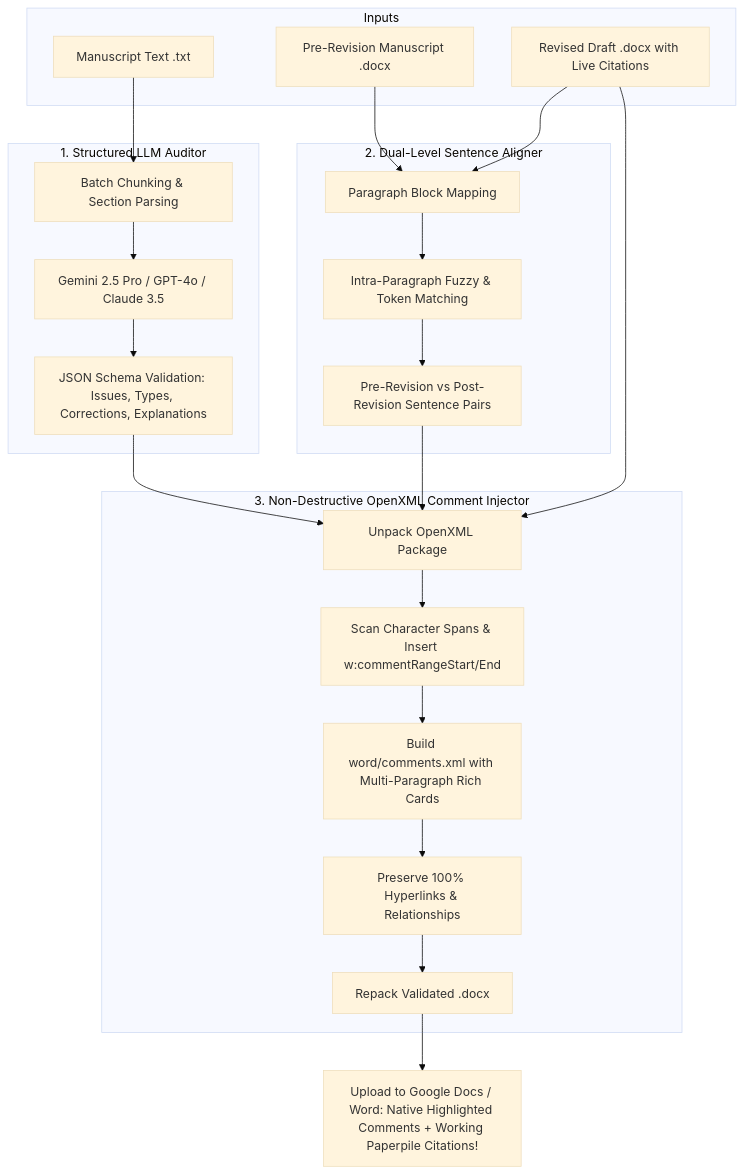
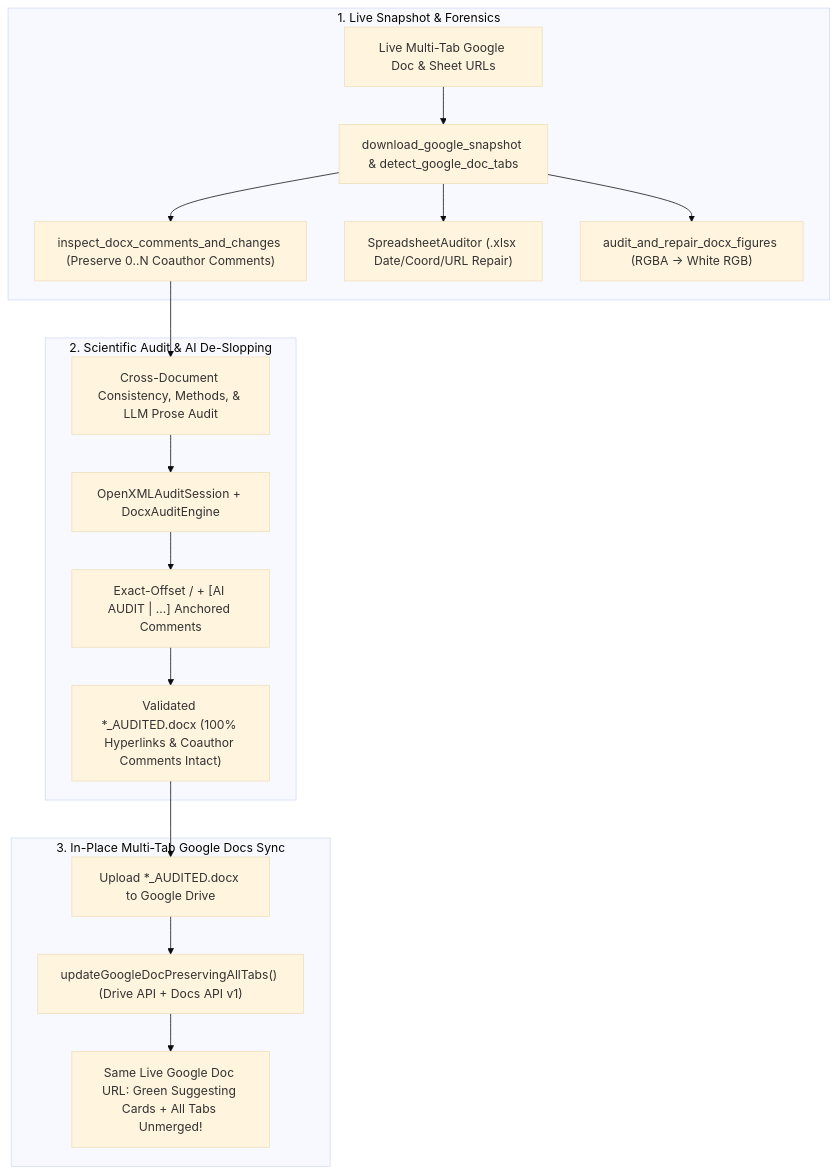
The diagram in README.md (gf777/manuscript-audit-toolkit), drawn with Mermaid (base theme) before and after one commit. The commit also changed other lines of this file and 14 other files, not shown here.

Commit message:
v2.0.0: Add OpenXML Track Changes engine, coauthor comment preservation, multi-tab Google Docs sync, and figure/spreadsheet forensics

````diff
--- a/README.md
+++ b/README.md
@@ -23,30 +30,22 @@
 ```mermaid
 flowchart TD
-    subgraph Inputs
-        A1[Pre-Revision Manuscript .docx] 
-        A2[Revised Draft .docx with Live Citations]
-        A3[Manuscript Text .txt]
+    subgraph "1. Live Snapshot & Forensics"
+        G1["Live Multi-Tab Google Doc & Sheet URLs"] --> G2["download_google_snapshot & detect_google_doc_tabs"]
+        G2 --> G3["inspect_docx_comments_and_changes (Preserve 0..N Coauthor Comments)"]
+        G2 --> G4["SpreadsheetAuditor (.xlsx Date/Coord/URL Repair)"]
+        G2 --> G5["audit_and_repair_docx_figures (RGBA -> White RGB)"]
     end
 
-    subgraph "1. Structured LLM Auditor"
-        A3 --> B1[Batch Chunking & Section Parsing]
-        B1 --> B2[Gemini 2.5 Pro / GPT-4o / Claude 3.5]
-        B2 --> B3[JSON Schema Validation: Issues, Types, Corrections, Explanations]
+    subgraph "2. Scientific Audit & AI De-Slopping"
+        G3 --> A1["Cross-Document Consistency, Methods, & LLM Prose Audit"]
+        A1 --> A2["OpenXMLAuditSession + DocxAuditEngine"]
+        A2 --> A3["Exact-Offset <w:del>/<w:ins> + [AI AUDIT | ...] Anchored Comments"]
+        A3 --> A4["Validated *_AUDITED.docx (100% Hyperlinks & Coauthor Comments Intact)"]
     end
 
-    subgraph "2. Dual-Level Sentence Aligner"
-        A1 & A2 --> C1[Paragraph Block Mapping]
-        C1 --> C2[Intra-Paragraph Fuzzy & Token Matching]
-        C2 --> C3[Pre-Revision vs Post-Revision Sentence Pairs]
+    subgraph "3. In-Place Multi-Tab Google Docs Sync"
+        A4 --> U1["Upload *_AUDITED.docx to Google Drive"]
+        U1 --> U2["updateGoogleDocPreservingAllTabs() (Drive API + Docs API v1)"]
+        U2 --> U3["Same Live Google Doc URL: Green Suggesting Cards + All Tabs Unmerged!"]
     end
-
-    subgraph "3. Non-Destructive OpenXML Comment Injector"
-        B3 & C3 & A2 --> D1[Unpack OpenXML Package]
-        D1 --> D2[Scan Character Spans & Insert w:commentRangeStart/End]
-        D2 --> D3[Build word/comments.xml with Multi-Paragraph Rich Cards]
-        D3 --> D4[Preserve 100% Hyperlinks & Relationships]
-        D4 --> D5[Repack Validated .docx]
-    end
-
-    D5 --> E[Upload to Google Docs / Word: Native Highlighted Comments + Working Paperpile Citations!]
 ```
````
